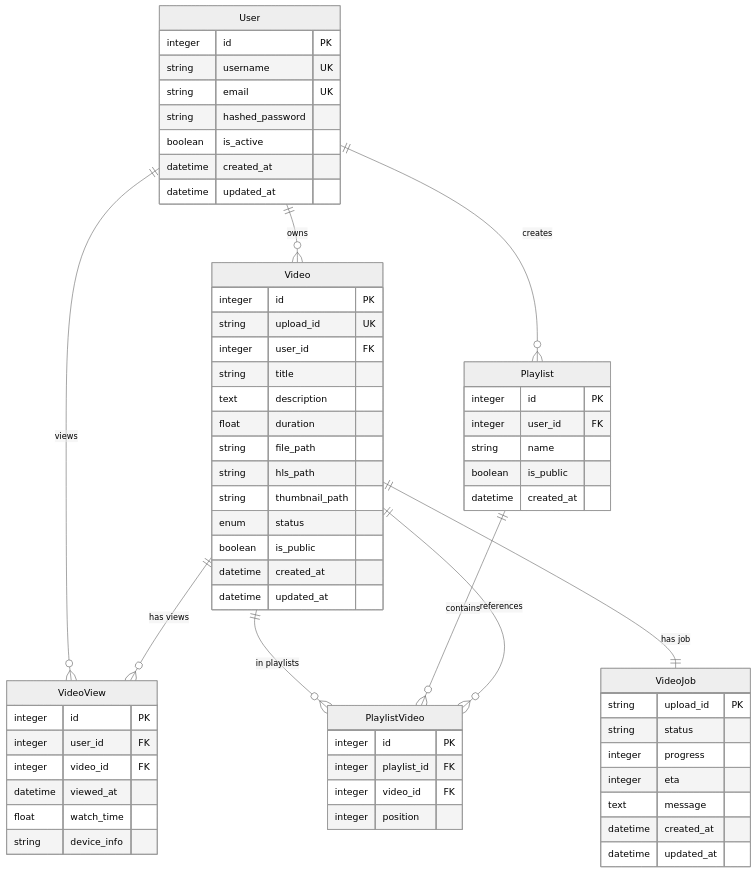
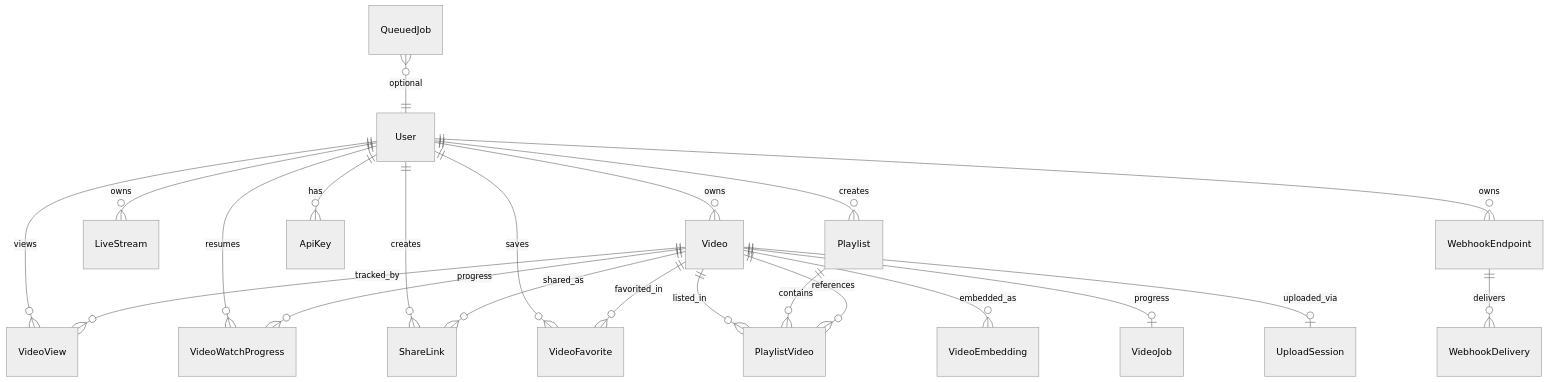
Before and after one commit to berki6/onStream: the first of 3 diagrams in docs/SCHEMA.md, drawn with Mermaid (neutral theme). The commit also changed other lines of this file and 310 other files, not shown here.

First line of the commit message:
feat: ship OnStream end-to-end — /v1 API, live, AI media, and Expo lab

````diff
--- a/docs/SCHEMA.md
+++ b/docs/SCHEMA.md
@@ -9,73 +13,28 @@
 ```mermaid
 erDiagram
     User ||--o{ Video : owns
+    User ||--o{ LiveStream : owns
     User ||--o{ Playlist : creates
     User ||--o{ VideoView : views
+    User ||--o{ VideoWatchProgress : resumes
+    User ||--o{ ShareLink : creates
+    User ||--o{ VideoFavorite : saves
+    User ||--o{ ApiKey : has
+    User ||--o{ WebhookEndpoint : owns
 
-    Video ||--o{ VideoView : "has views"
-    Video ||--o{ PlaylistVideo : "in playlists"
-    Video ||--|| VideoJob : "has job"
+    Video ||--o{ VideoView : tracked_by
+    Video ||--o{ VideoWatchProgress : progress
+    Video ||--o{ ShareLink : shared_as
+    Video ||--o{ VideoFavorite : favorited_in
+    Video ||--o{ PlaylistVideo : listed_in
+    Video ||--o{ VideoEmbedding : embedded_as
+    Video ||--o| VideoJob : progress
+    Video ||--o| UploadSession : uploaded_via
 
     Playlist ||--o{ PlaylistVideo : contains
     PlaylistVideo }o--|| Video : references
 
-    User {
-        integer id PK
-        string username UK
-        string email UK
-        string hashed_password
-        boolean is_active
-        datetime created_at
-        datetime updated_at
-    }
+    WebhookEndpoint ||--o{ WebhookDelivery : delivers
 
-    Video {
-        integer id PK
-        string upload_id UK
-        integer user_id FK
-        string title
-        text description
-        float duration
-        string file_path
-        string hls_path
-        string thumbnail_path
-        enum status
-        boolean is_public
-        datetime created_at
-        datetime updated_at
-    }
-
-    VideoView {
-        integer id PK
-        integer user_id FK
-        integer video_id FK
-        datetime viewed_at
-        float watch_time
-        string device_info
-    }
-
-    Playlist {
-        integer id PK
-        integer user_id FK
-        string name
-        boolean is_public
-        datetime created_at
-    }
-
-    PlaylistVideo {
-        integer id PK
-        integer playlist_id FK
-        integer video_id FK
-        integer position
-    }
-
-    VideoJob {
-        string upload_id PK
-        string status
-        integer progress
-        integer eta
-        text message
-        datetime created_at
-        datetime updated_at
-    }
+    QueuedJob }o--|| User : optional
 ```
````
